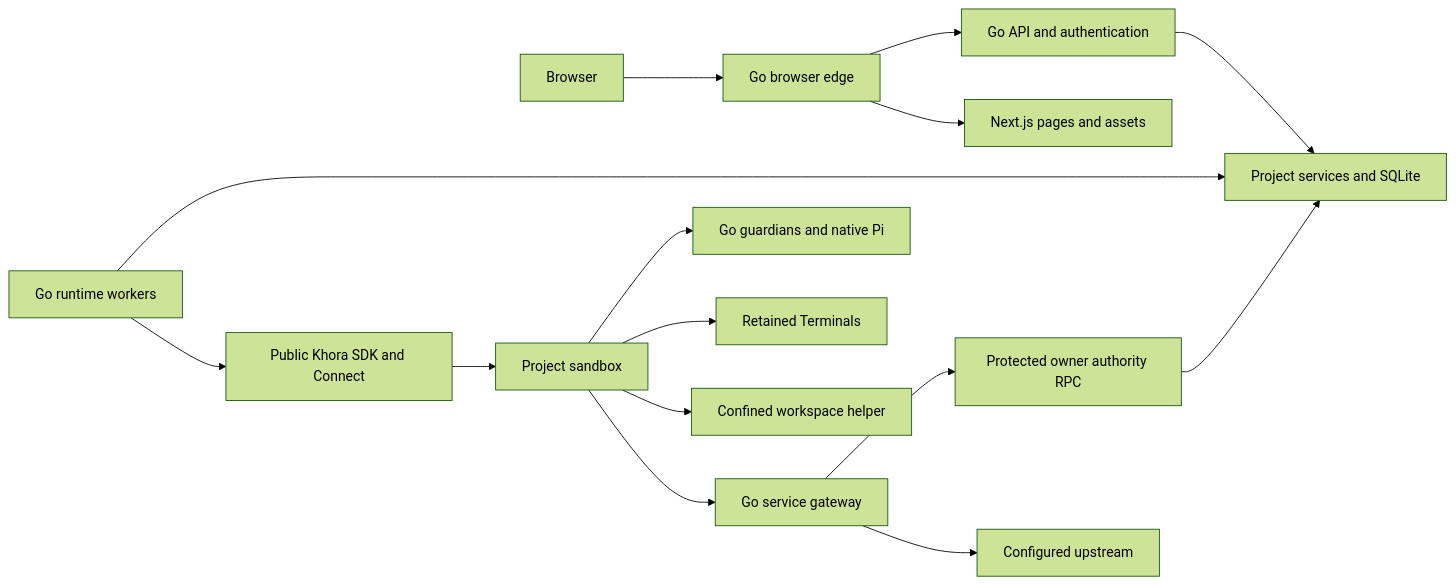
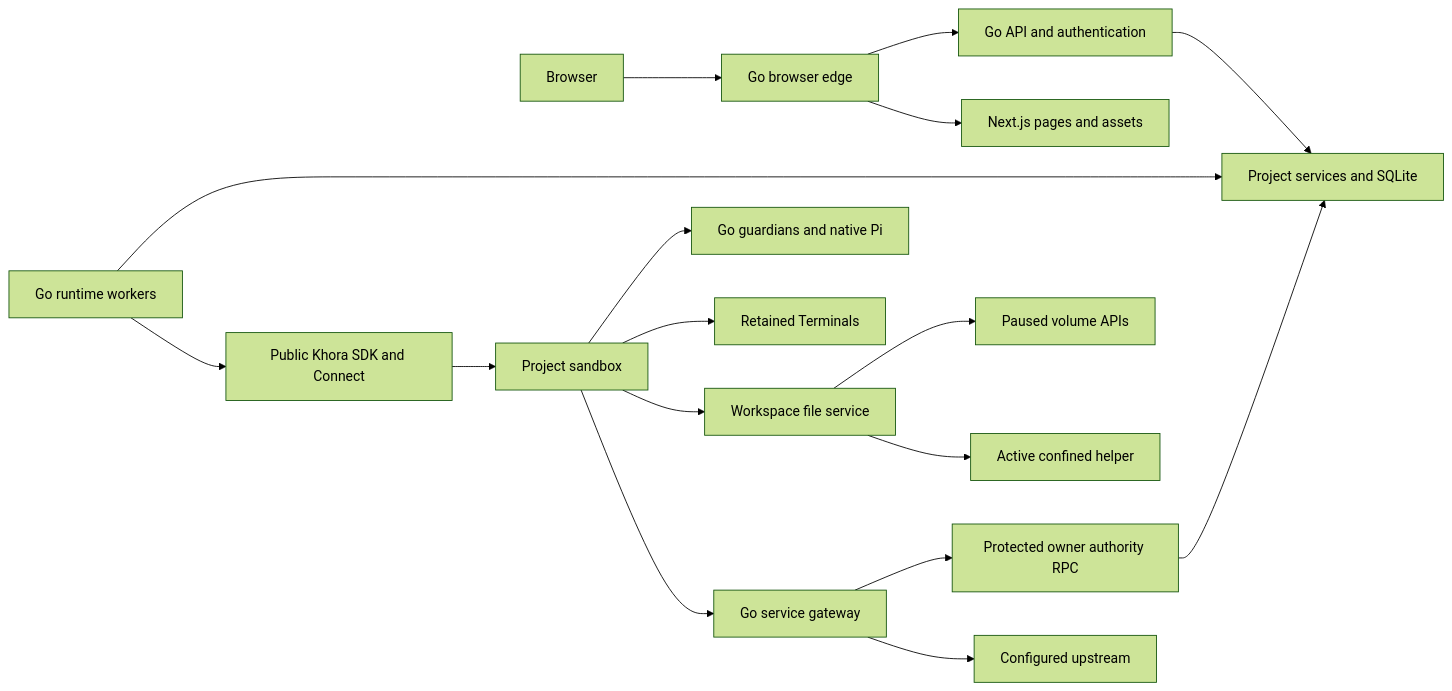
Before and after one commit to TSHOGX/aster: the diagram in docs/architecture.md, drawn with Mermaid (forest theme). The commit also changed 29 other files, not shown here.

Commit message:
feat(files): operate on paused workspace volumes without compute

````diff
--- a/docs/architecture.md
+++ b/docs/architecture.md
@@ -10,17 +10,19 @@
 ```mermaid
 flowchart LR
   Browser --> Edge[Go browser edge]
   Edge --> API[Go API and authentication]
   Edge --> Next[Next.js pages and assets]
   API --> Product[Project services and SQLite]
   Workers[Go runtime workers] --> Product
   Workers --> SDK[Public Khora SDK and Connect]
   SDK --> Project[Project sandbox]
   Project --> Agents[Go guardians and native Pi]
   Project --> PTY[Retained Terminals]
-  Project --> Files[Confined workspace helper]
+  Project --> Files[Workspace file service]
+  Files --> VolumeIO[Paused volume APIs]
+  Files --> GuestIO[Active confined helper]
   Project --> Gateway[Go service gateway]
   Gateway --> Authority[Protected owner authority RPC]
   Authority --> Product
   Gateway --> Model[Configured upstream]
 ```
````
